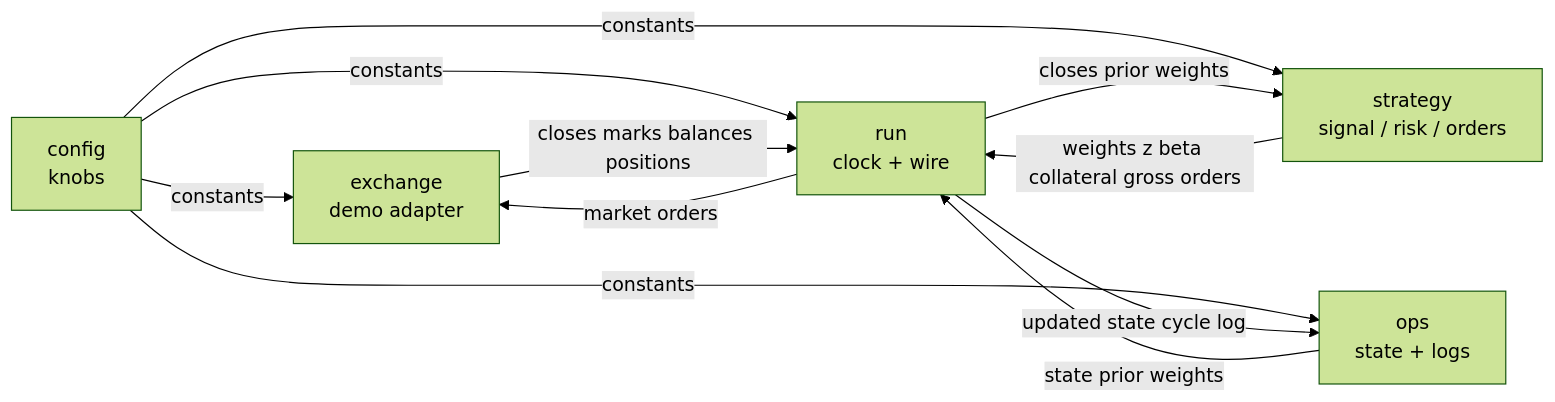
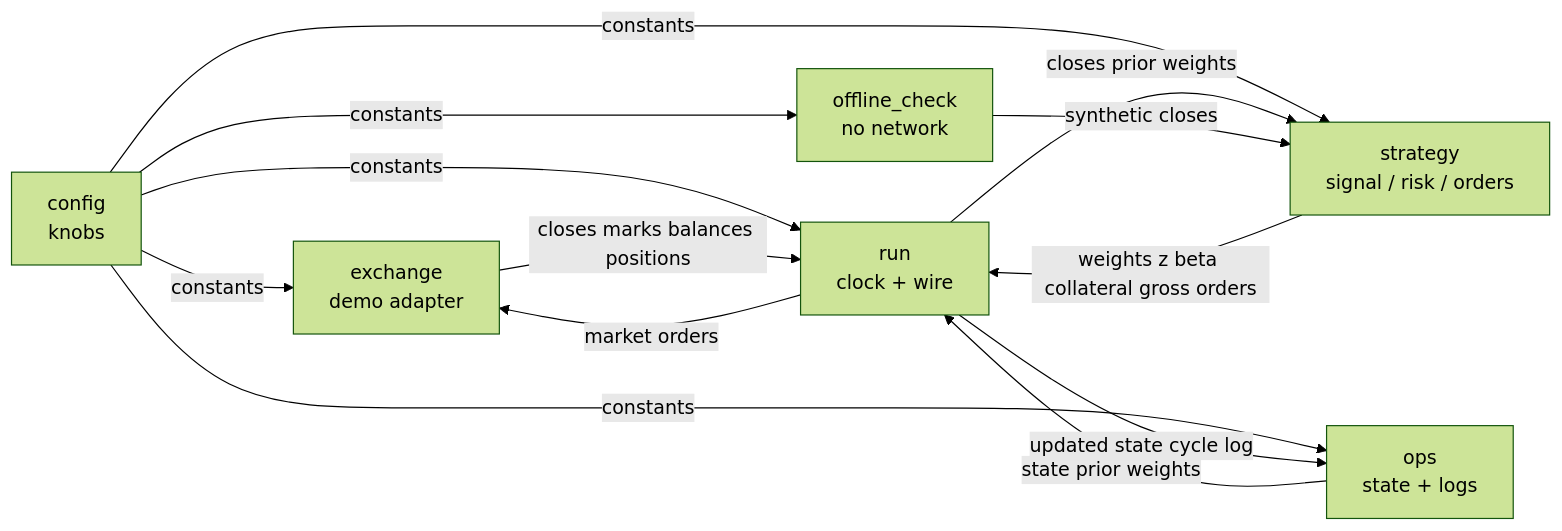
The first of 2 diagrams in docs/residual-trader.md (IsuruMahakumara/an-cszn-core), drawn with Mermaid (forest theme) before and after one commit. The commit also changed other lines of this file, not shown here.

First line of the commit message:
Enhance documentation and flowchart for residual trader module

````diff
--- a/docs/residual-trader.md
+++ b/docs/residual-trader.md
@@ -9,19 +9,22 @@
 ```mermaid
 flowchart LR
   config["config<br/>knobs"]
   exchange["exchange<br/>demo adapter"]
   ops["ops<br/>state + logs"]
   strategy["strategy<br/>signal / risk / orders"]
   run["run<br/>clock + wire"]
+  offline["offline_check<br/>no network"]
 
   config -->|constants| exchange
   config -->|constants| strategy
   config -->|constants| ops
   config -->|constants| run
   exchange -->|closes marks balances positions| run
   ops -->|state prior weights| run
   run -->|closes prior weights| strategy
   strategy -->|weights z beta collateral gross orders| run
   run -->|market orders| exchange
   run -->|updated state cycle log| ops
+  config -->|constants| offline
+  offline -->|synthetic closes| strategy
 ```
````
